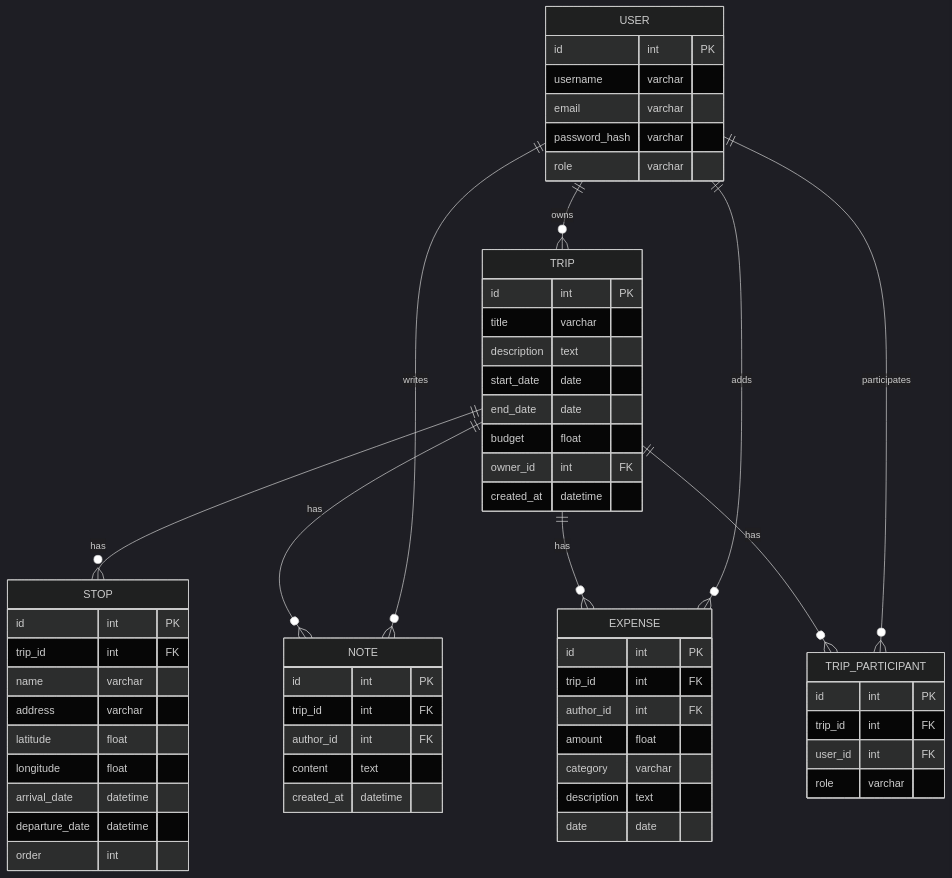
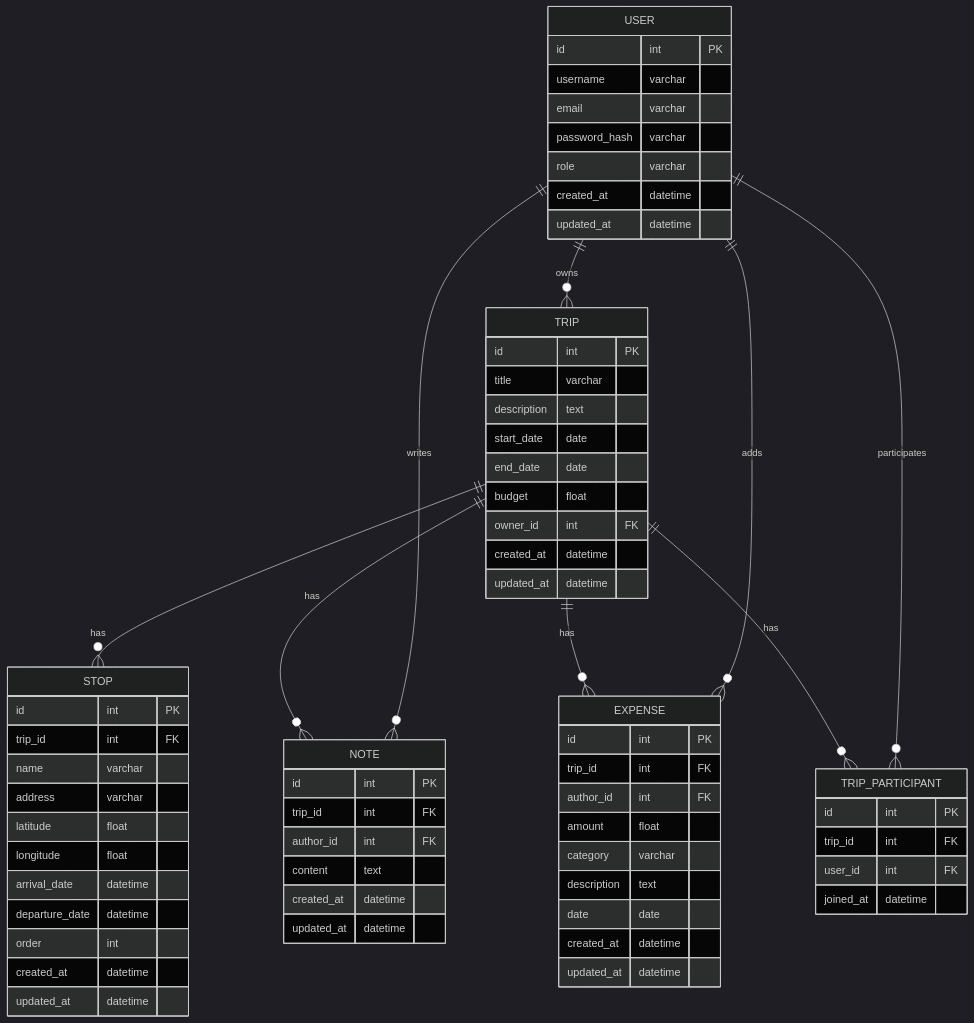
The diagram in students/NemirovichDmitriy/task_01/R1_ERD.md (goryachiy-ugolek/WT-AC-2025-CourseWorks), drawn with Mermaid (dark theme) before and after one commit. The commit also changed other lines of this file and 3 other files, not shown here.

````diff
--- a/students/NemirovichDmitriy/task_01/R1_ERD.md
+++ b/students/NemirovichDmitriy/task_01/R1_ERD.md
@@ -7,62 +7,70 @@
 ```mermaid
 erDiagram
     USER ||--o{ TRIP : owns
     TRIP ||--o{ STOP : has
     TRIP ||--o{ NOTE : has
     TRIP ||--o{ EXPENSE : has
     USER ||--o{ NOTE : writes
     USER ||--o{ EXPENSE : adds
     TRIP ||--o{ TRIP_PARTICIPANT : has
     USER ||--o{ TRIP_PARTICIPANT : participates
 
     USER {
         id int PK
         username varchar
         email varchar
         password_hash varchar
         role varchar
+        created_at datetime
+        updated_at datetime
     }
     TRIP {
         id int PK
         title varchar
         description text
         start_date date
         end_date date
         budget float
         owner_id int FK
         created_at datetime
+        updated_at datetime
     }
     STOP {
         id int PK
         trip_id int FK
         name varchar
         address varchar
         latitude float
         longitude float
         arrival_date datetime
         departure_date datetime
         order int
+        created_at datetime
+        updated_at datetime
     }
     NOTE {
         id int PK
         trip_id int FK
         author_id int FK
         content text
         created_at datetime
+        updated_at datetime
     }
     EXPENSE {
         id int PK
         trip_id int FK
         author_id int FK
         amount float
         category varchar
         description text
         date date
+        created_at datetime
+        updated_at datetime
     }
     TRIP_PARTICIPANT {
         id int PK
         trip_id int FK
         user_id int FK
-        role varchar
+        joined_at datetime
     }
 ```
````
